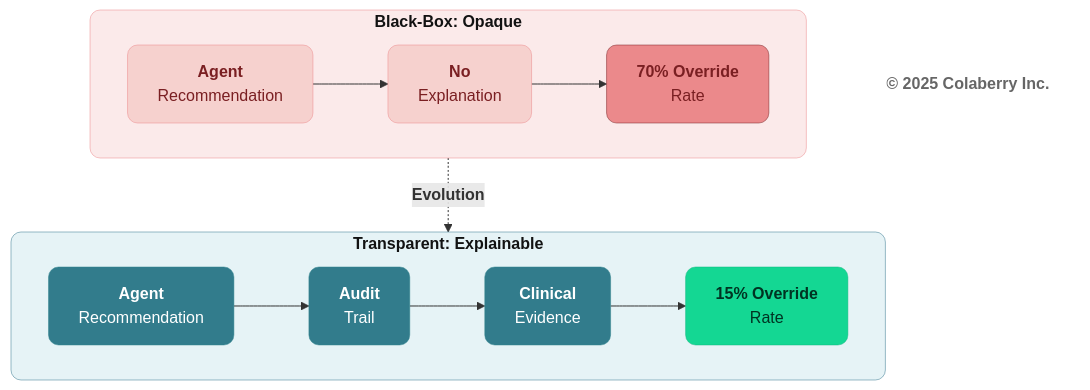
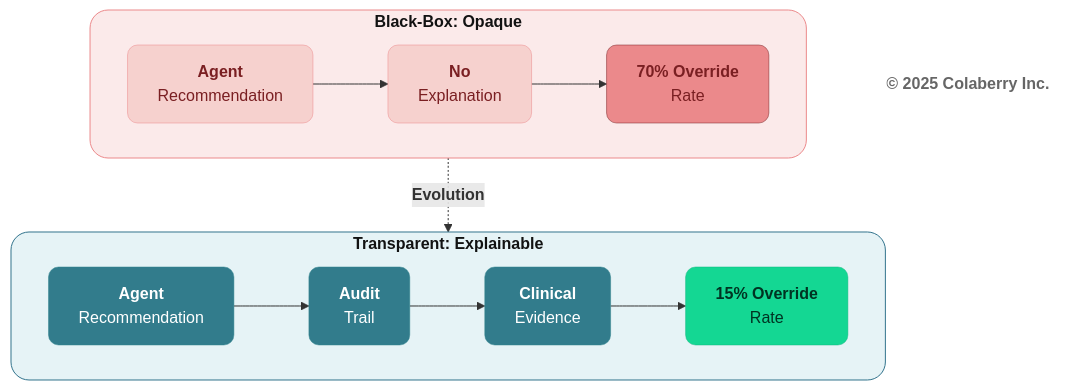
Before and after one commit to saitejesh-cyber/trust-before-intelligence-book: diagram 12 of 12 in manuscript/03_chapter_2_inpact_framework.md, drawn with Mermaid. The commit also changed other lines of this file and 12 other files, not shown here.

````diff
--- a/manuscript/03_chapter_2_inpact_framework.md
+++ b/manuscript/03_chapter_2_inpact_framework.md
@@ -864,38 +864,38 @@
 ```mermaid
 graph TB
     subgraph ERA1["<b>Black-Box: Opaque</b>"]
         direction LR
         A1["<b>Agent</b><br/>Recommendation"]
         B1["<b>No</b><br/>Explanation"]
         D1["<b>70% Override</b><br/>Rate"]
         
         A1 --> B1 --> D1
     end
     
     ERA1 -.->|<b>Evolution</b>| ERA2
     
     subgraph ERA2["<b>Transparent: Explainable</b>"]
         direction LR
         A2["<b>Agent</b><br/>Recommendation"]
         B2["<b>Audit</b><br/>Trail"]
         C2["<b>Clinical</b><br/>Evidence"]
         D2["<b>15% Override</b><br/>Rate"]
         
         A2 --> B2 --> C2 --> D2
     end
 
-    style ERA1 fill:#FBEAEA,stroke:#EB898B,stroke-width:0.5px,color:#121212,rx:10,ry:10
+    style ERA1 fill:#FBEAEA,stroke:#EB898B,stroke-width:1px,color:#121212,rx:18,ry:18
     style A1 fill:#F6D1CE,stroke:#EB898B,stroke-width:0.5px,color:#7A1F22,rx:10,ry:10
     style B1 fill:#F6D1CE,stroke:#EB898B,stroke-width:0.5px,color:#7A1F22,rx:10,ry:10
 
     style D1 fill:#EB898B,stroke:#7A1F22,stroke-width:0.5px,color:#7A1F22,rx:10,ry:10
 
-    style ERA2 fill:#E6F3F6,stroke:#32738C,stroke-width:0.5px,color:#121212,rx:10,ry:10
+    style ERA2 fill:#E6F3F6,stroke:#32738C,stroke-width:1px,color:#121212,rx:18,ry:18
     style A2 fill:#327C8C,stroke:#30838C,stroke-width:0.5px,color:#ffffff,rx:10,ry:10
     style B2 fill:#327C8C,stroke:#30838C,stroke-width:0.5px,color:#ffffff,rx:10,ry:10
     style C2 fill:#327C8C,stroke:#30838C,stroke-width:0.5px,color:#ffffff,rx:10,ry:10
     style D2 fill:#14D793,stroke:#0FB67D,stroke-width:0.5px,color:#003322,rx:10,ry:10
     
     Copyright["<b>© 2025 Colaberry Inc.</b>"]
     style Copyright fill:none,stroke:none,color:#666666
 ```
````
